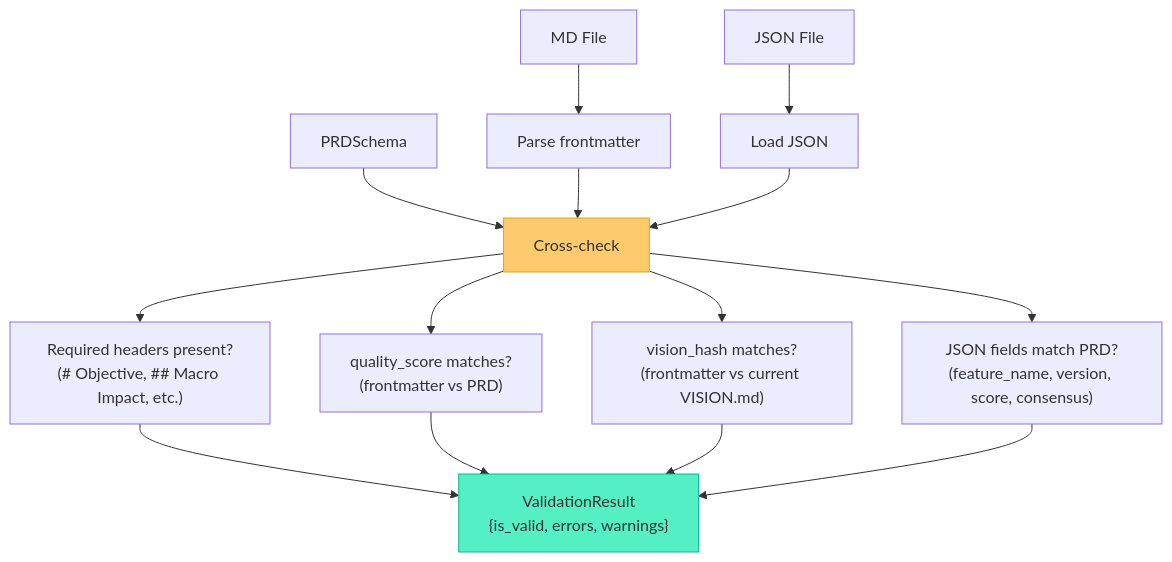
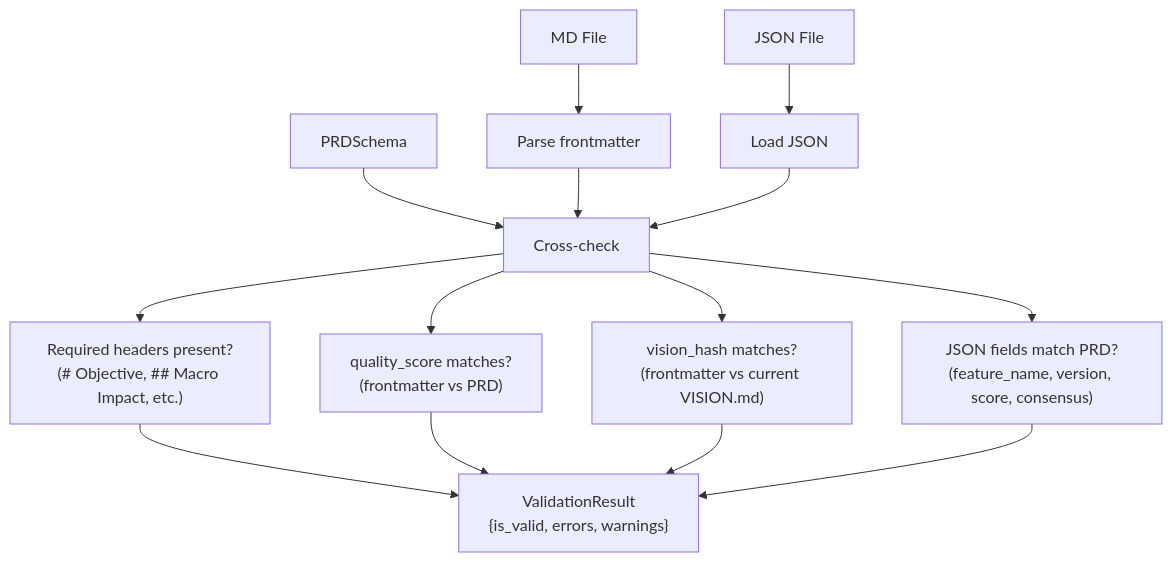
Before and after one commit to darthlinuxer/dialectic-crew-ai: the third of 3 diagrams in docs/export.md, drawn with Mermaid. The commit also changed other lines of this file and 20 other files, not shown here.

````diff
--- a/docs/export.md
+++ b/docs/export.md
@@ -136,22 +124,19 @@
 ```mermaid
 flowchart TD
     MD["MD File"] --> PARSE["Parse frontmatter"]
     JSON["JSON File"] --> LOAD["Load JSON"]
     PRD["PRDSchema"] --> CHECK
 
     PARSE --> CHECK["Cross-check"]
     LOAD --> CHECK
 
     CHECK --> C1["Required headers present?<br/>(# Objective, ## Macro Impact, etc.)"]
     CHECK --> C2["quality_score matches?<br/>(frontmatter vs PRD)"]
     CHECK --> C3["vision_hash matches?<br/>(frontmatter vs current VISION.md)"]
     CHECK --> C4["JSON fields match PRD?<br/>(feature_name, version, score, consensus)"]
 
     C1 --> RESULT["ValidationResult<br/>{is_valid, errors, warnings}"]
     C2 --> RESULT
     C3 --> RESULT
     C4 --> RESULT
-
-    style CHECK fill:#FDCB6E,stroke:#E1A517,color:#333
-    style RESULT fill:#55EFC4,stroke:#00B894,color:#333
 ```
````
